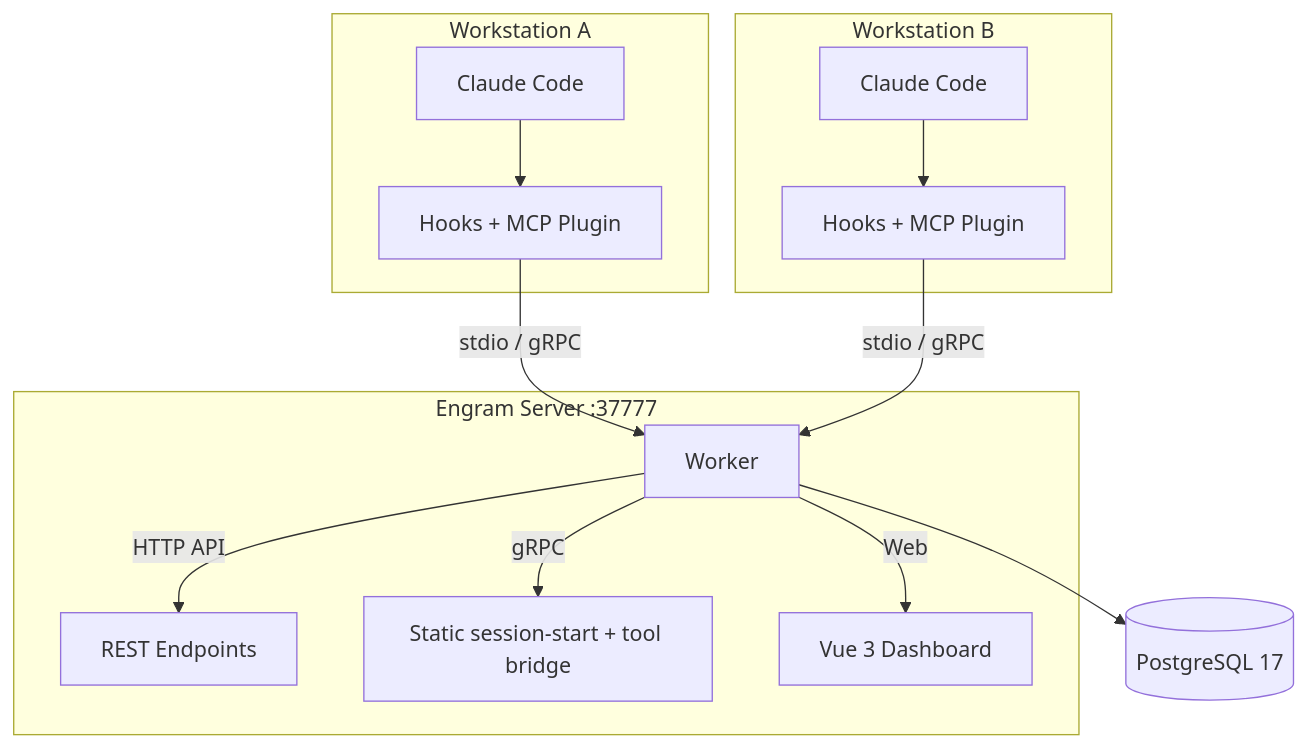
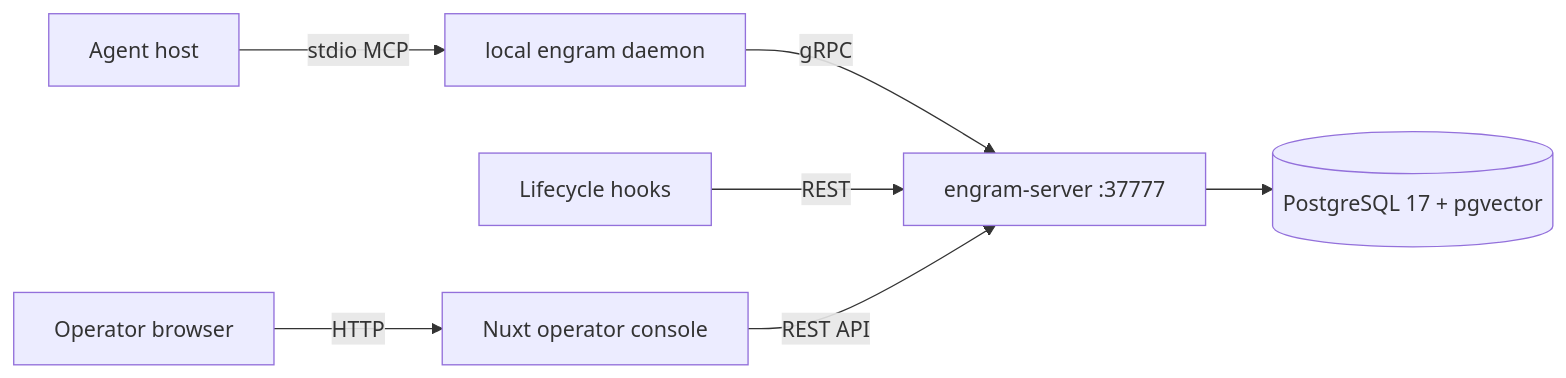
One commit to thebtf/engram changed the diagram in README.md. Above: the diagram before and after it, drawn with Mermaid. The commit also changed other lines of this file and 7 other files, not shown here.

````diff
--- a/README.md
+++ b/README.md
@@ -70,26 +59,9 @@
 ```mermaid
-graph TB
-    subgraph "Workstation A"
-        CC_A[Claude Code]
-        H_A[Hooks + MCP Plugin]
-        CC_A --> H_A
-    end
-
-    subgraph "Workstation B"
-        CC_B[Claude Code]
-        H_B[Hooks + MCP Plugin]
-        CC_B --> H_B
-    end
-
-    H_A -- "stdio / gRPC" --> Server
-    H_B -- "stdio / gRPC" --> Server
-
-    subgraph "Engram Server :37777"
-        Server[Worker]
-        Server --> |HTTP API| API[REST Endpoints]
-        Server --> |gRPC| GRPC[Static session-start + tool bridge]
-        Server --> |Web| Dash["Vue 3 Dashboard"]
-    end
-
-    Server --> PG[(PostgreSQL 17)]
+flowchart LR
+  Host[Agent host] -->|stdio MCP| Daemon[local engram daemon]
+  Daemon -->|gRPC| Server[engram-server :37777]
+  Hooks[Lifecycle hooks] -->|REST| Server
+  Browser[Operator browser] -->|HTTP| Console[Nuxt operator console]
+  Console -->|REST API| Server
+  Server --> DB[(PostgreSQL 17 + pgvector)]
 ```
````
